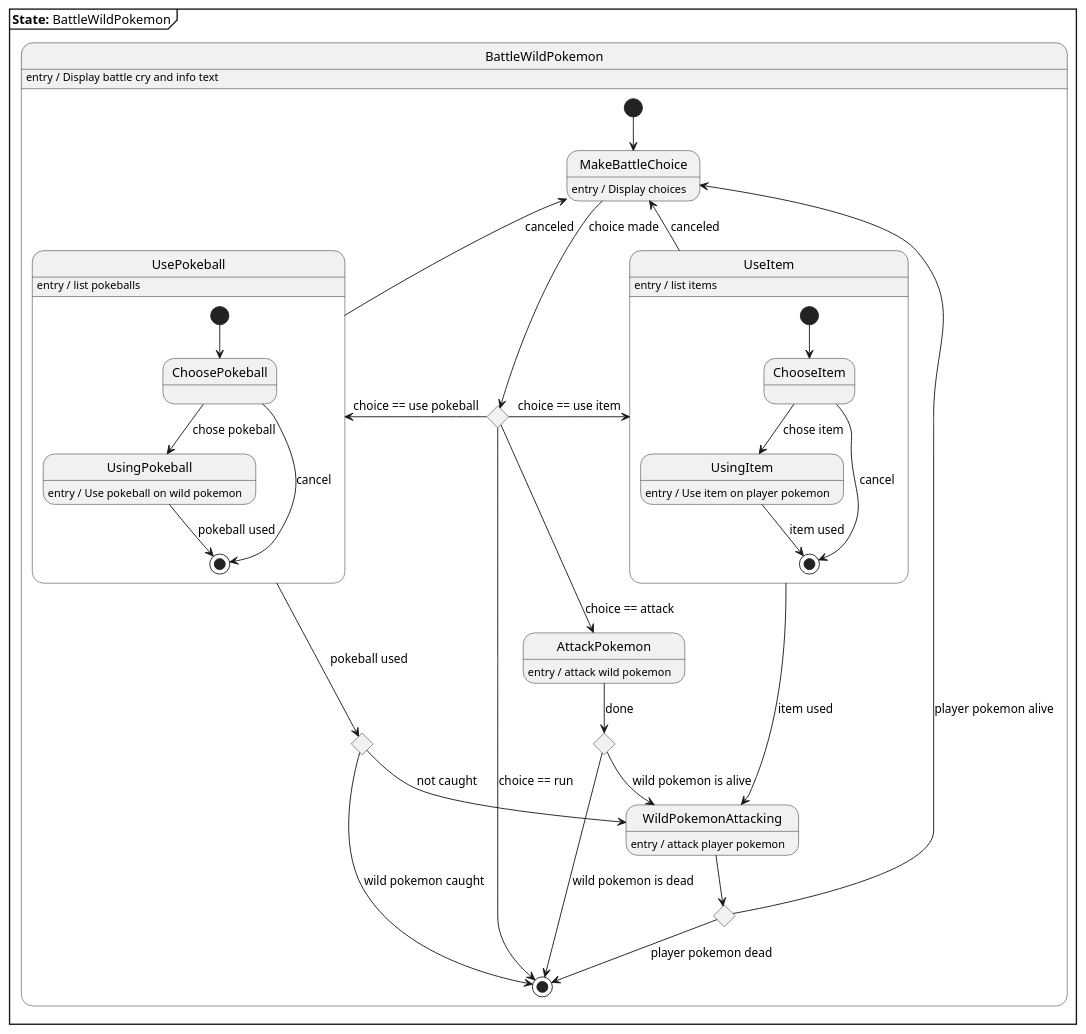
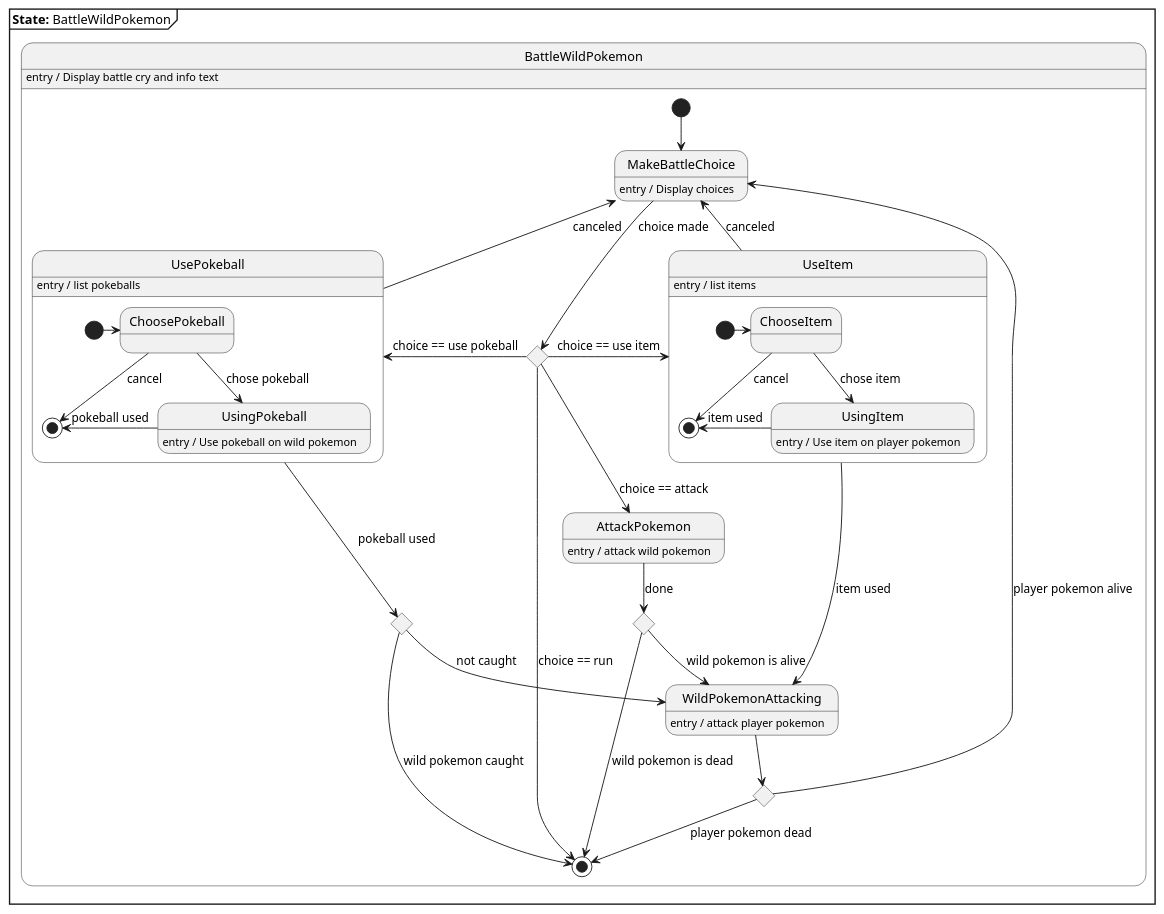
One commit to JonathanFL/APK_ExamProject_SesTilReeksamen changed the diagram in diagrams/BattlePokemon_state_diagram.wsd. Above: the diagram before and after it, drawn with PlantUML.

Commit message:
Update battle state diagram

```diff
--- a/diagrams/BattlePokemon_state_diagram.wsd
+++ b/diagrams/BattlePokemon_state_diagram.wsd
@@ -1,56 +1,55 @@
 @startuml BattlePokemon 
 skinparam monochrome true
 
 mainframe <b>State:</b> BattleWildPokemon
 state BattleWildPokemon {
     BattleWildPokemon : entry / Display battle cry and info text
     [*] -down-> MakeBattleChoice 
     MakeBattleChoice : entry / Display choices
     state BattleChoice <<choice>> 
     MakeBattleChoice -down-> BattleChoice : choice made
     state AttackPokemon {
         AttackPokemon : entry / attack wild pokemon 
     }
     BattleChoice -up-> [*] : choice == run
     BattleChoice --> AttackPokemon : choice == attack
     state UseItem {
         UseItem : entry / list items
         state ChooseItem
-        [*] --> ChooseItem 
+        [*] -right-> ChooseItem 
         ChooseItem --> UsingItem : chose item
         UsingItem : entry / Use item on player pokemon
         ChooseItem --> [*] : cancel
-        UsingItem --> [*] : item used
+        UsingItem -left-> [*] : item used
     }
     BattleChoice -right-> UseItem : choice == use item
     state UsePokeball {
         UsePokeball : entry / list pokeballs
         state ChoosePokeball
-        [*] --> ChoosePokeball 
+        [*] -right-> ChoosePokeball 
         ChoosePokeball --> UsingPokeball : chose pokeball
         UsingPokeball : entry / Use pokeball on wild pokemon
         ChoosePokeball --> [*] : cancel
-        UsingPokeball --> [*] : pokeball used
+        UsingPokeball -left-> [*] : pokeball used
     }
     BattleChoice -left-> UsePokeball : choice == use pokeball
     UseItem -up-> MakeBattleChoice : canceled 
     UsePokeball -up-> MakeBattleChoice : canceled
     state UsePokeballResult <<choice>>
     state WildPokemonTurn <<choice>>
     WildPokemonTurn --> WildPokemonAttacking : wild pokemon is alive
     state WildPokemonAttacking 
     WildPokemonAttacking : entry / attack player pokemon
     UsePokeball --> UsePokeballResult : pokeball used
     UsePokeballResult --> [*] : wild pokemon caught
     UsePokeballResult --> WildPokemonAttacking : not caught
     UseItem --> WildPokemonAttacking : item used
     AttackPokemon -down-> WildPokemonTurn : done
     state RoundDone <<choice>>
     WildPokemonAttacking --> RoundDone 
     RoundDone --> [*] : player pokemon dead 
     WildPokemonTurn --> [*] : wild pokemon is dead
-    RoundDone --> MakeBattleChoice : player pokemon alive
-    
+    RoundDone --> MakeBattleChoice : player pokemon alive   
 }
 
 @enduml
```
